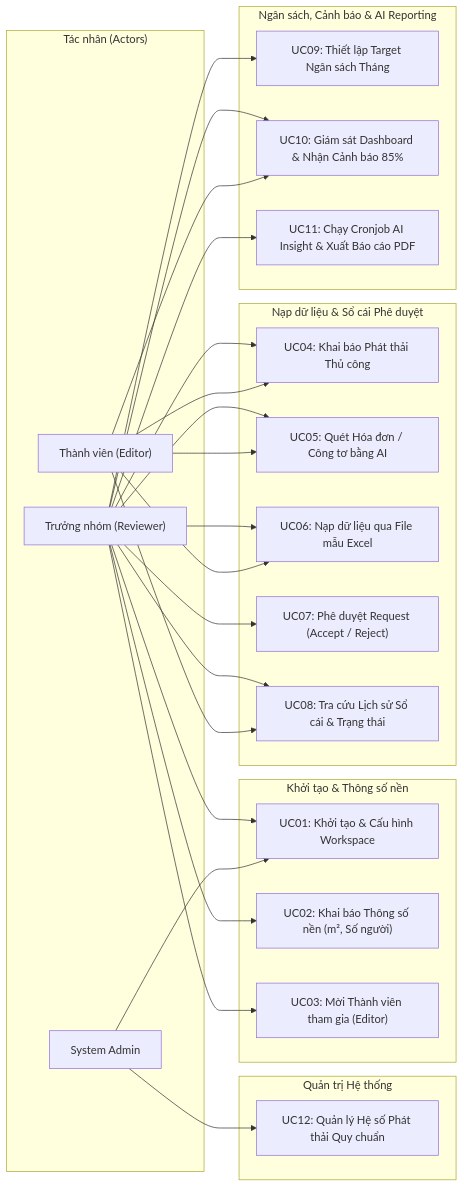
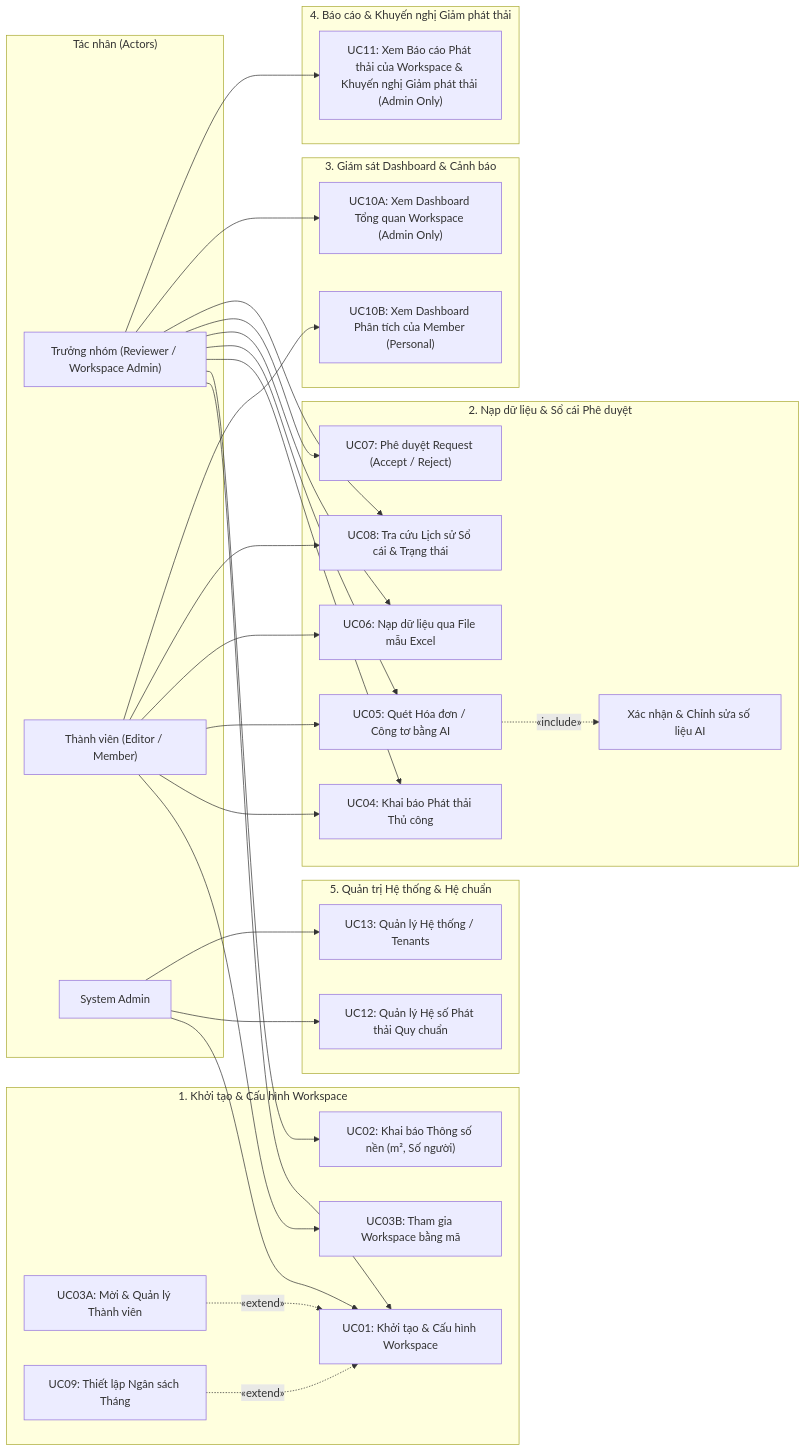
The second of 2 diagrams in spec.md (DatTienNguyenn/PMDC-BATCH4-DATNT250), drawn with Mermaid before and after one commit. The commit also changed other lines of this file and 4 other files, not shown here.

First line of the commit message:
docs(ucd): update use case diagram and permissions for admin and memb… (#9)

````diff
--- a/spec.md
+++ b/spec.md
@@ -173,56 +176,66 @@
 ```mermaid
 flowchart LR
     subgraph Actors["Tác nhân (Actors)"]
-        Reviewer["Trưởng nhóm (Reviewer)"]
-        Editor["Thành viên (Editor)"]
+        Reviewer["Trưởng nhóm (Reviewer / Workspace Admin)"]
+        Editor["Thành viên (Editor / Member)"]
         SysAdmin["System Admin"]
     end
 
-    subgraph WorkspaceMgmt["Khởi tạo & Thông số nền"]
+    subgraph WorkspaceMgmt["1. Khởi tạo & Cấu hình Workspace"]
         UC01["UC01: Khởi tạo & Cấu hình Workspace"]
         UC02["UC02: Khai báo Thông số nền (m², Số người)"]
-        UC03["UC03: Mời Thành viên tham gia (Editor)"]
+        UC03["UC03A: Mời & Quản lý Thành viên"]
+        UC03B["UC03B: Tham gia Workspace bằng mã"]
+        UC09["UC09: Thiết lập Ngân sách Tháng"]
+        UC03 -.->|«extend»| UC01
+        UC09 -.->|«extend»| UC01
     end
 
-    subgraph IngestionLedger["Nạp dữ liệu & Sổ cái Phê duyệt"]
+    subgraph IngestionLedger["2. Nạp dữ liệu & Sổ cái Phê duyệt"]
         UC04["UC04: Khai báo Phát thải Thủ công"]
         UC05["UC05: Quét Hóa đơn / Công tơ bằng AI"]
         UC06["UC06: Nạp dữ liệu qua File mẫu Excel"]
+        UC05_INC["Xác nhận & Chỉnh sửa số liệu AI"]
+        UC05 -.->|«include»| UC05_INC
         UC07["UC07: Phê duyệt Request (Accept / Reject)"]
         UC08["UC08: Tra cứu Lịch sử Sổ cái & Trạng thái"]
     end
 
-    subgraph BudgetingInsight["Ngân sách, Cảnh báo & AI Reporting"]
-        UC09["UC09: Thiết lập Target Ngân sách Tháng"]
-        UC10["UC10: Giám sát Dashboard & Nhận Cảnh báo 85%"]
-        UC11["UC11: Chạy Cronjob AI Insight & Xuất Báo cáo PDF"]
+    subgraph BudgetingInsight["3. Giám sát Dashboard & Cảnh báo"]
+        UC10_WS["UC10A: Xem Dashboard Tổng quan Workspace (Admin Only)"]
+        UC10_MEM["UC10B: Xem Dashboard Phân tích của Member (Personal)"]
     end
 
-    subgraph SystemAdminArea["Quản trị Hệ thống"]
+    subgraph Flow4Area["4. Báo cáo & Khuyến nghị Giảm phát thải"]
+        UC11["UC11: Xem Báo cáo Phát thải của Workspace & Khuyến nghị Giảm phát thải (Admin Only)"]
+    end
+
+    subgraph SystemAdminArea["5. Quản trị Hệ thống & Hệ chuẩn"]
         UC12["UC12: Quản lý Hệ số Phát thải Quy chuẩn"]
+        UC13["UC13: Quản lý Hệ thống / Tenants"]
     end
 
     %% Reviewer
     Reviewer --> UC01
     Reviewer --> UC02
-    Reviewer --> UC03
     Reviewer --> UC04
     Reviewer --> UC05
     Reviewer --> UC06
     Reviewer --> UC07
     Reviewer --> UC08
-    Reviewer --> UC09
-    Reviewer --> UC10
+    Reviewer --> UC10_WS
     Reviewer --> UC11
 
     %% Editor
+    Editor --> UC03B
     Editor --> UC04
     Editor --> UC05
     Editor --> UC06
     Editor --> UC08
-    Editor --> UC10
+    Editor --> UC10_MEM
 
     %% System Admin
     SysAdmin --> UC01
     SysAdmin --> UC12
+    SysAdmin --> UC13
 ```
````
